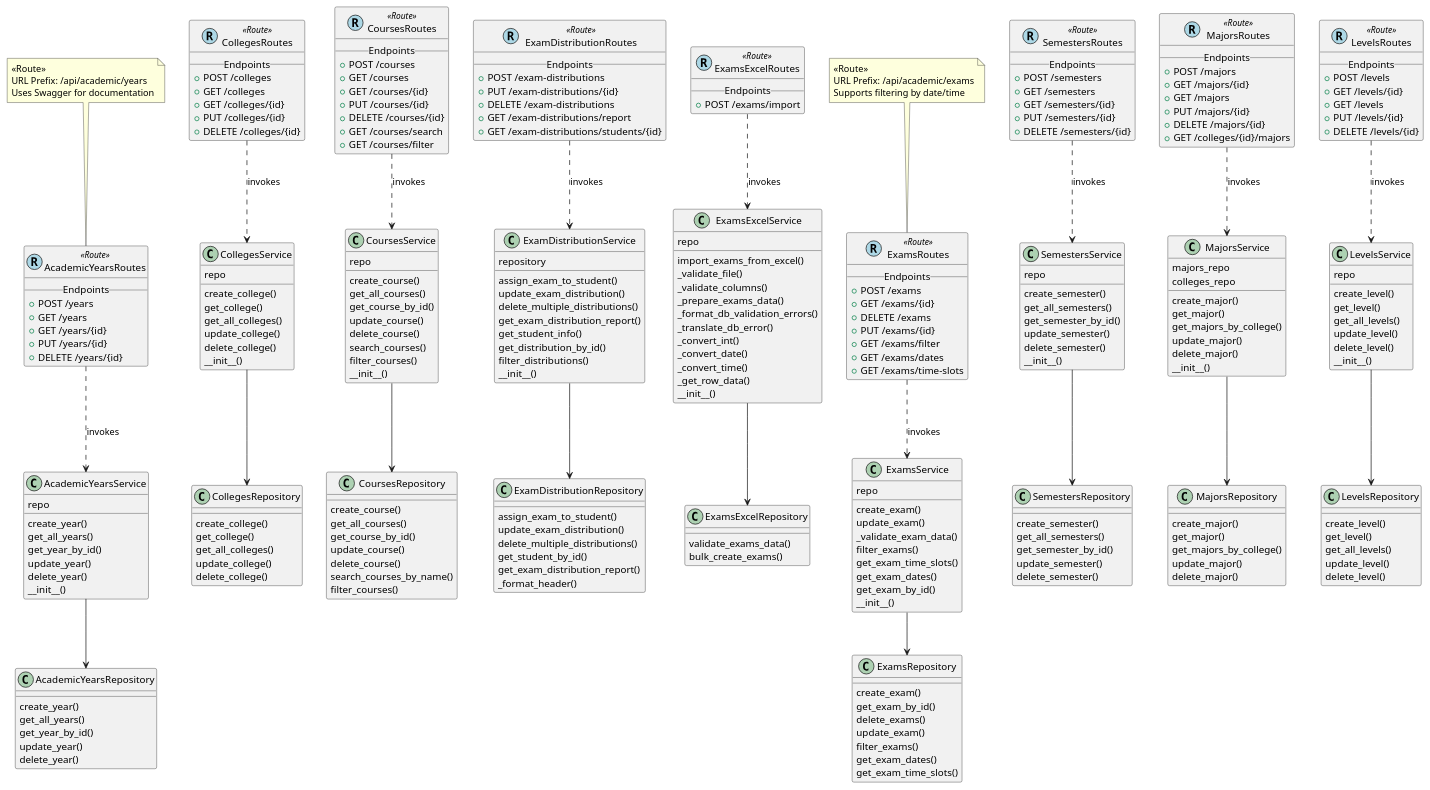
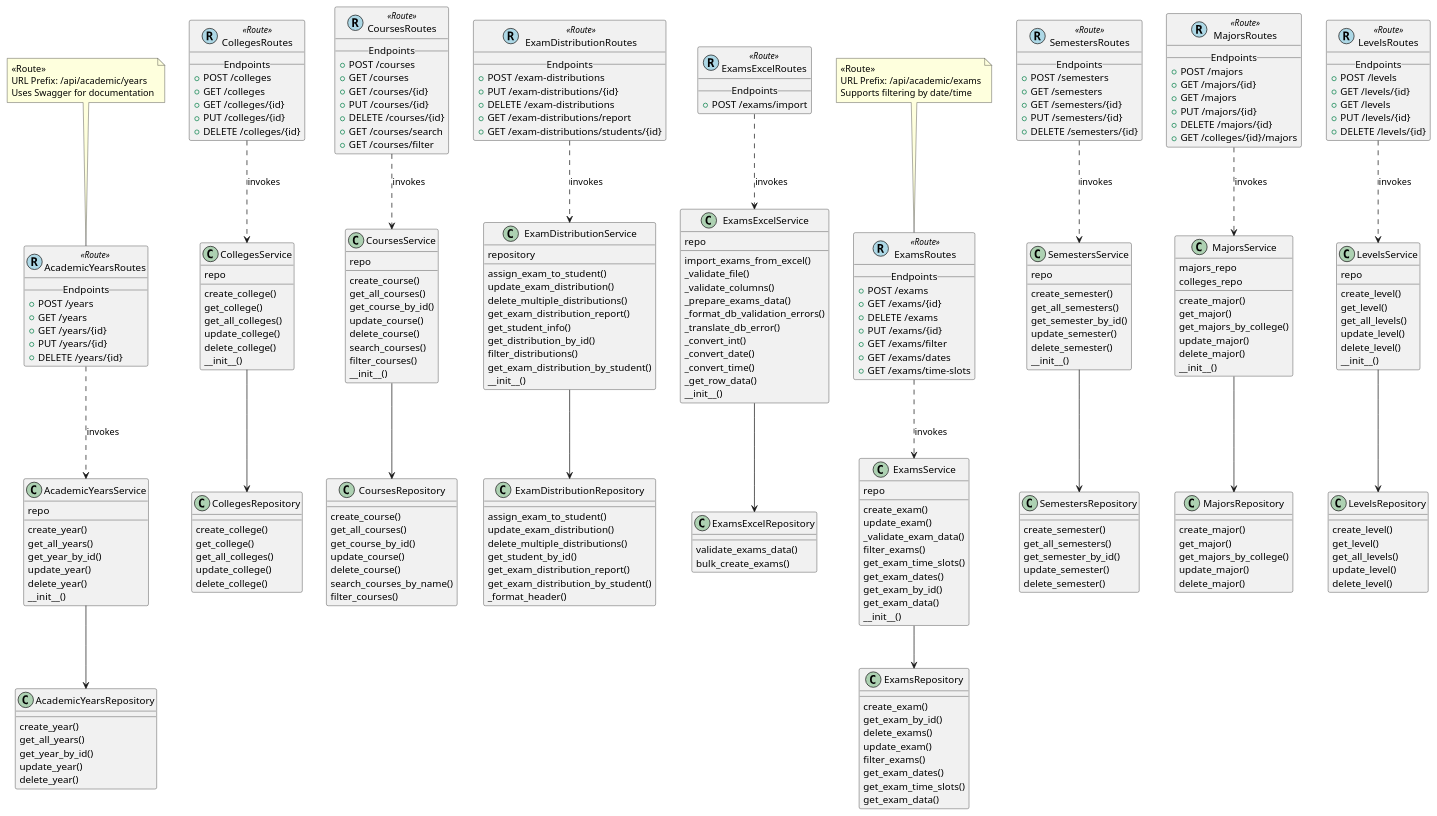
Before and after one commit to HadiAljaami/face-recognition-students: the diagram in class diagrams/diagram.puml, drawn with PlantUML. The commit also changed 6 other files, not shown here.

```diff
--- a/class diagrams/diagram.puml
+++ b/class diagrams/diagram.puml
@@ -36,7 +36,9 @@
     delete_multiple_distributions()
     get_student_by_id()
     get_exam_distribution_report()
+    get_exam_distribution_by_student()
     _format_header()
+   
 }
 
 class ExamsExcelRepository {
@@ -52,6 +54,7 @@
     filter_exams()
     get_exam_dates()
     get_exam_time_slots()
+    get_exam_data() 
 }
 
 class SemestersRepository {
@@ -122,6 +125,7 @@
     get_student_info()
     get_distribution_by_id()
     filter_distributions()
+    get_exam_distribution_by_student()
         repository
     __init__()
 }
@@ -149,6 +153,7 @@
     get_exam_time_slots()
     get_exam_dates()
     get_exam_by_id()
+    get_exam_data() 
         repo
     __init__()
 }
```
